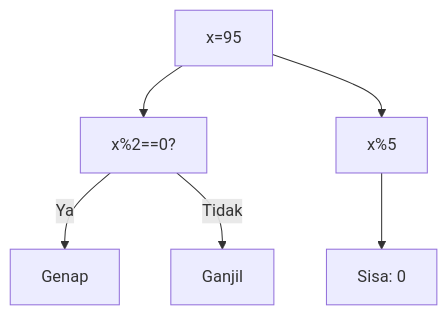
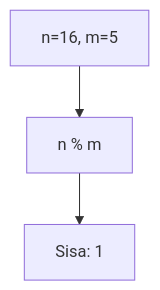
One commit to amnahwaida/OSNK_INF_PREP changed the ninth of 25 diagrams in part-c-pemahaman-cpp/01-tipe-data/latihan/set-06.md. Above: the diagram before and after it, drawn with Mermaid. The commit also changed other lines of this file and 71 other files, not shown here.

````diff
--- a/part-c-pemahaman-cpp/01-tipe-data/latihan/set-06.md
+++ b/part-c-pemahaman-cpp/01-tipe-data/latihan/set-06.md
@@ -212,8 +240,5 @@
 ```mermaid
 graph TD
-A["x=95"] --> B["x%2==0?"]
-B -- Ya --> C["Genap"]
-B -- Tidak --> D["Ganjil"]
-A --> E["x%5"]
-E --> F["Sisa: 0"]
+A["n=16, m=5"] --> B["n % m"]
+B --> C["Sisa: 1"]
 ```
````
